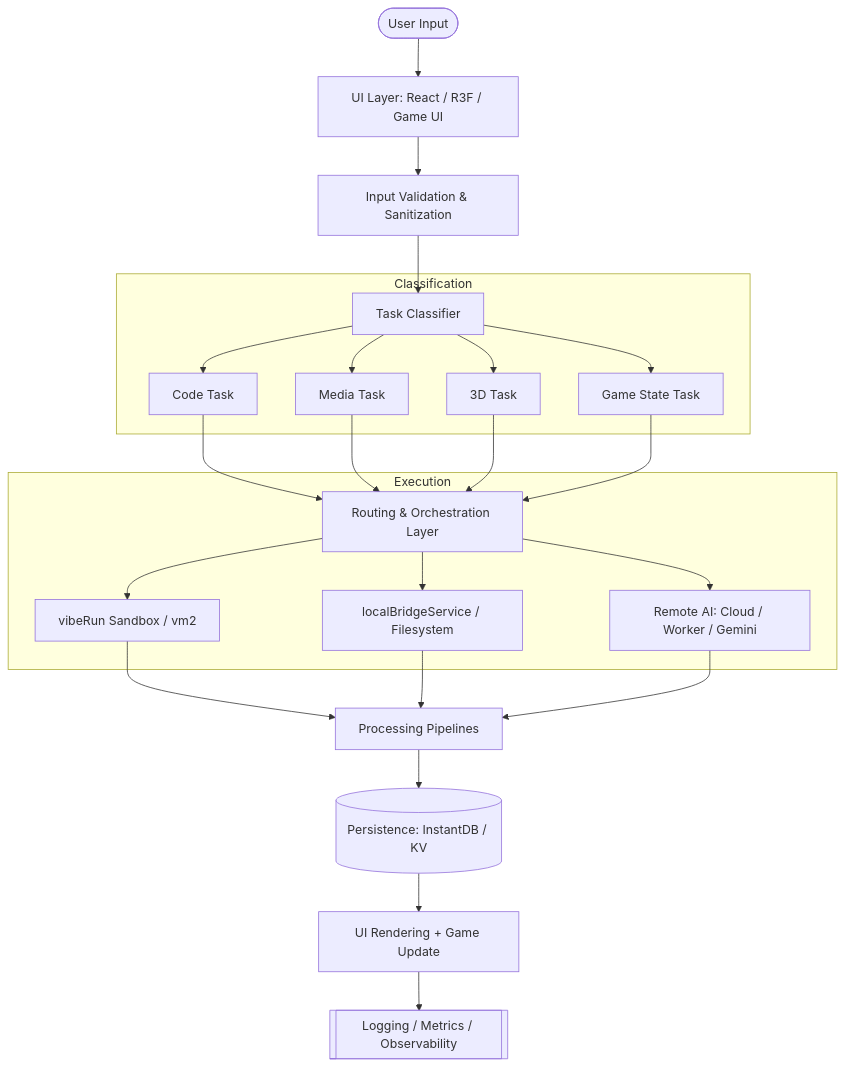
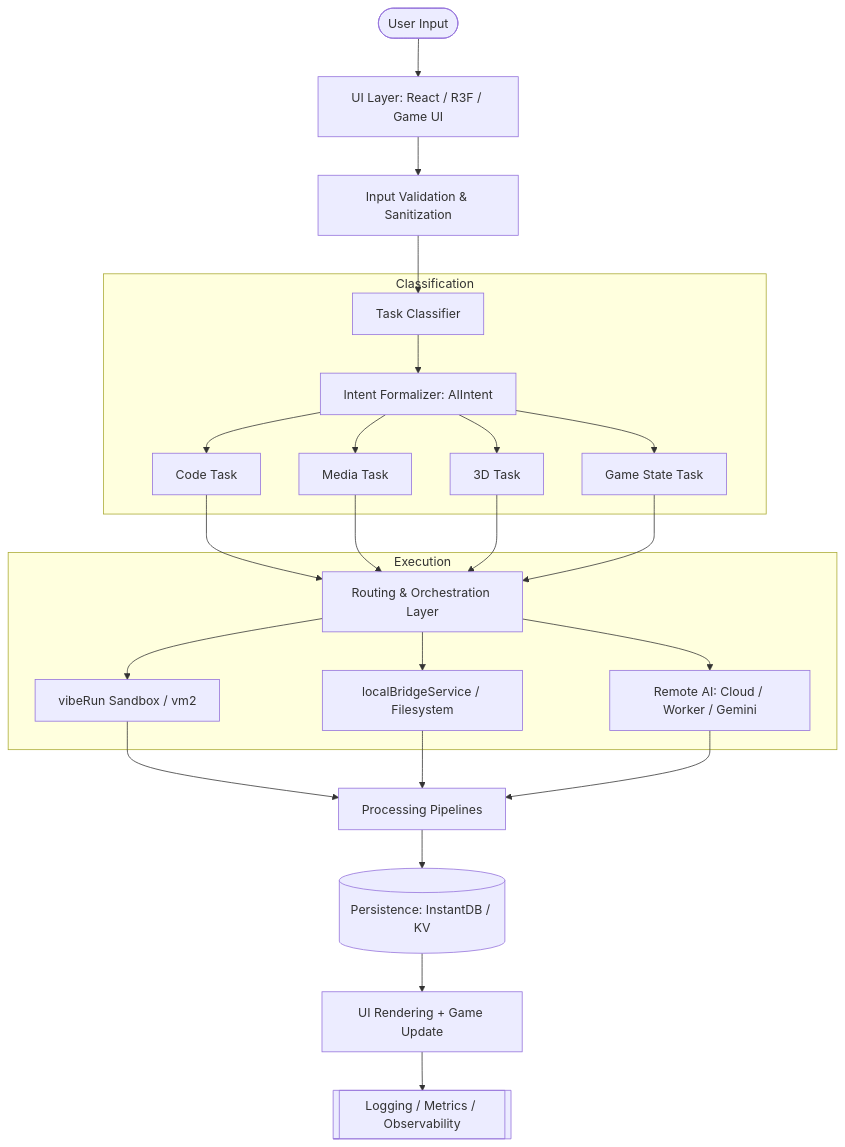
The first of 4 diagrams in architecture.md (Kbro1989/Willow-AI-Coding-Playground), drawn with Mermaid before and after one commit. The commit also changed other lines of this file and 113 other files, not shown here.

````diff
--- a/architecture.md
+++ b/architecture.md
@@ -7,26 +7,27 @@
 ```mermaid
 graph TD
     User([User Input]) --> UI[UI Layer: React / R3F / Game UI]
     UI --> Valid[Input Validation & Sanitization]
     Valid --> Class[Task Classifier]
     
     subgraph Classification
-        Class --> CodeTask[Code Task]
-        Class --> MediaTask[Media Task]
-        Class --> 3DTask[3D Task]
-        Class --> GameTask[Game State Task]
+        Class --> Intent[Intent Formalizer: AIIntent]
+        Intent --> CodeTask[Code Task]
+        Intent --> MediaTask[Media Task]
+        Intent --> 3DTask[3D Task]
+        Intent --> GameTask[Game State Task]
     end
     
     CodeTask & MediaTask & 3DTask & GameTask --> Router[Routing & Orchestration Layer]
     
     subgraph Execution
         Router --> Sandbox[vibeRun Sandbox / vm2]
         Router --> Bridge[localBridgeService / Filesystem]
         Router --> Remote[Remote AI: Cloud / Worker / Gemini]
     end
     
     Sandbox & Bridge & Remote --> Pipes[Processing Pipelines]
     Pipes --> DB[(Persistence: InstantDB / KV)]
     DB --> Render[UI Rendering + Game Update]
     Render --> Logs[[Logging / Metrics / Observability]]
 ```
````
